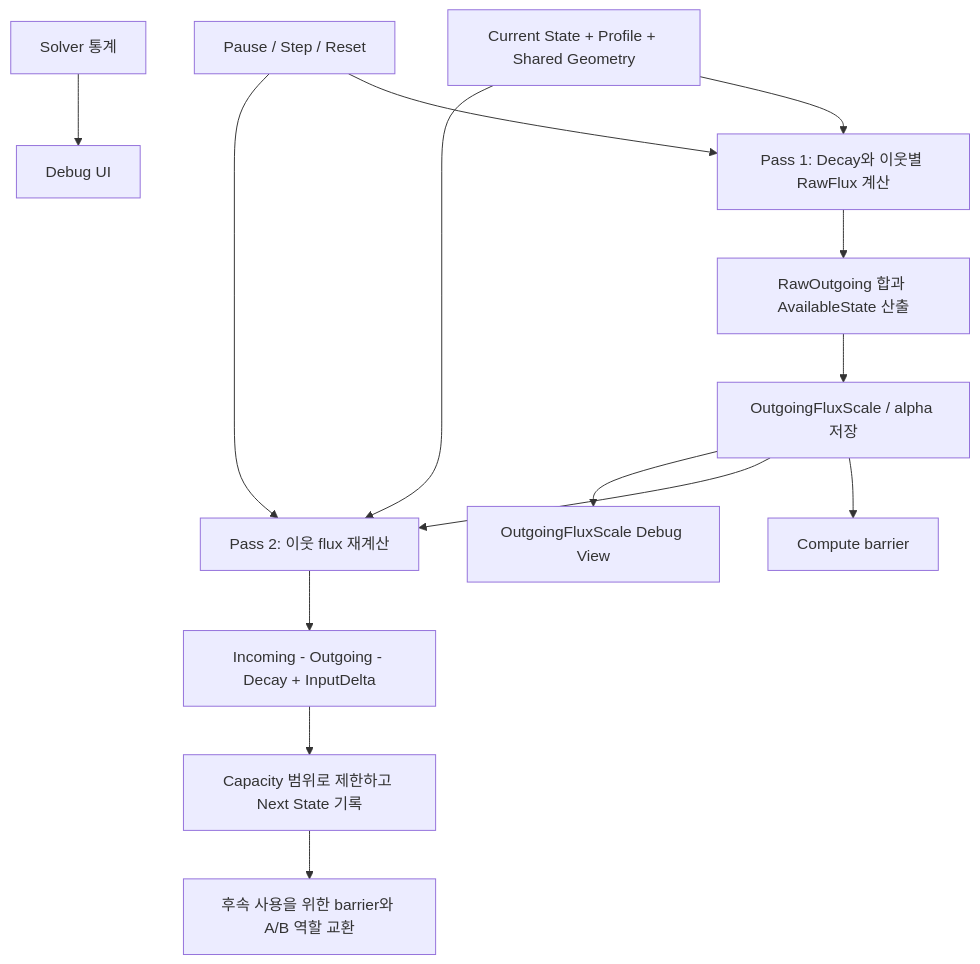
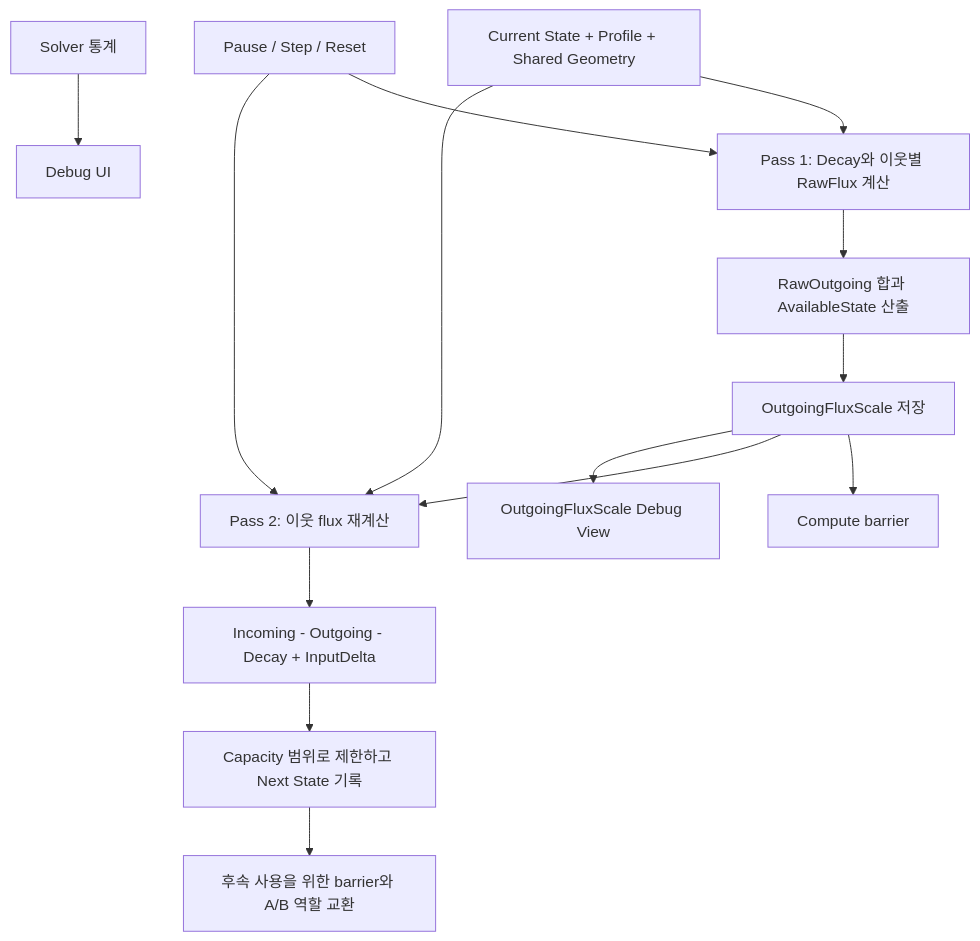
The first of 2 diagrams in Docs/MDSSP-Vault/02_Planning/02_Weekly-Details/Week-05/0000_Week5-Branch-Plan.md (Yonaim/Material-Dependent-Surface-State-Engine), drawn with Mermaid before and after one commit. The commit also changed other lines of this file and 7 other files, not shown here.

````diff
--- a/Docs/MDSSP-Vault/02_Planning/02_Weekly-Details/Week-05/0000_Week5-Branch-Plan.md
+++ b/Docs/MDSSP-Vault/02_Planning/02_Weekly-Details/Week-05/0000_Week5-Branch-Plan.md
@@ -31,16 +31,16 @@
 ```mermaid
 flowchart TD
     A[Current State + Profile + Shared Geometry] --> B[Pass 1: Decay와 이웃별 RawFlux 계산]
     B --> C[RawOutgoing 합과 AvailableState 산출]
-    C --> D[OutgoingFluxScale / alpha 저장]
+    C --> D[OutgoingFluxScale 저장]
     D --> E[Compute barrier]
     A --> F[Pass 2: 이웃 flux 재계산]
     D --> F
     F --> G[Incoming - Outgoing - Decay + InputDelta]
     G --> H[Capacity 범위로 제한하고 Next State 기록]
     H --> I[후속 사용을 위한 barrier와 A/B 역할 교환]
     D --> J[OutgoingFluxScale Debug View]
     K[Pause / Step / Reset] --> B
     K --> F
     L[Solver 통계] --> M[Debug UI]
 ```
````
